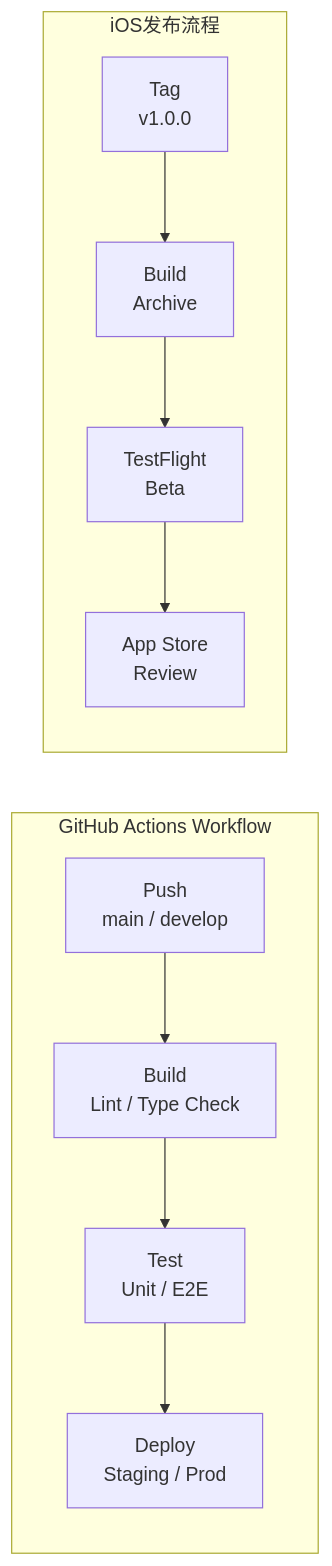
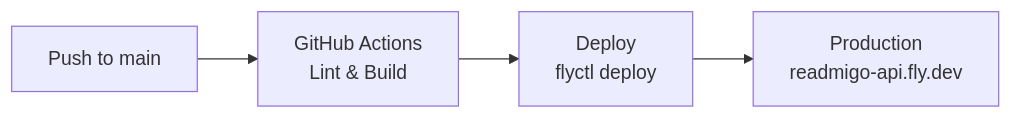
Before and after one commit to readmigo/docs: the second of 2 diagrams in 05-operations/infrastructure/infrastructure.md, drawn with Mermaid. The commit also changed other lines of this file and 1 other file, not shown here.

````diff
--- a/05-operations/infrastructure/infrastructure.md
+++ b/05-operations/infrastructure/infrastructure.md
@@ -34,14 +23,6 @@
 ```mermaid
 graph LR
-    subgraph GHA["GitHub Actions Workflow"]
-        PUSH["Push<br>main / develop"] --> BUILD["Build<br>Lint / Type Check"]
-        BUILD --> TEST["Test<br>Unit / E2E"]
-        TEST --> DEPLOY["Deploy<br>Staging / Prod"]
-    end
-
-    subgraph IOS["iOS发布流程"]
-        TAG["Tag<br>v1.0.0"] --> ARCHIVE["Build<br>Archive"]
-        ARCHIVE --> TF["TestFlight<br>Beta"]
-        TF --> APPSTORE["App Store<br>Review"]
-    end
+    PUSH["Push to main"] --> CI["GitHub Actions<br>Lint & Build"]
+    CI --> DEPLOY["Deploy<br>flyctl deploy"]
+    DEPLOY --> PROD["Production<br>readmigo-api.fly.dev"]
 ```
````
